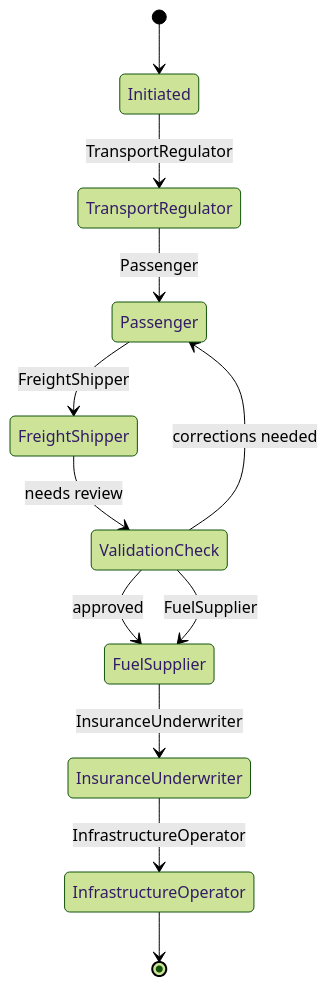
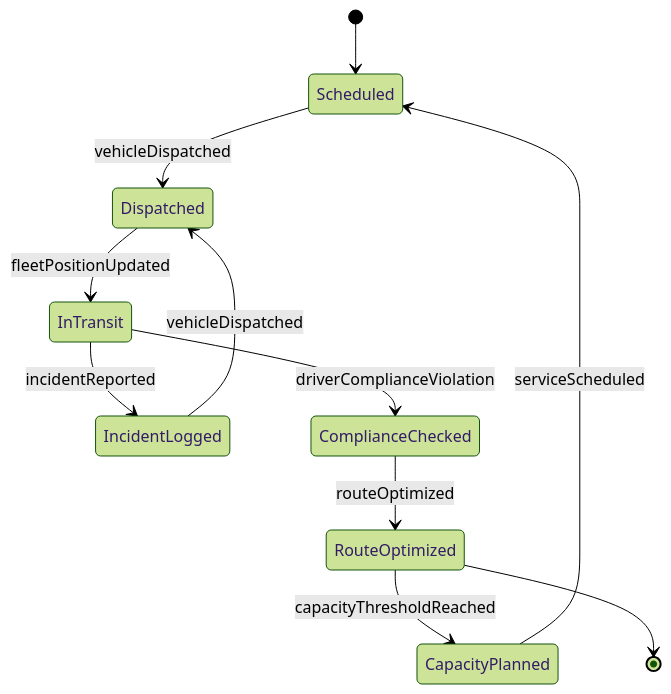
The second of 4 diagrams in GuidingDirectingAndMotivatingSubordinates/DirectOrganizationalOperationsActivitiesOrProcedures/DirectPassengerFreightTransportActivities.mdx (dot-org-ai/tasks.org.ai), drawn with Mermaid (forest theme) before and after one commit. The commit also changed other lines of this file and 515 other files, not shown here.

````diff
--- a/GuidingDirectingAndMotivatingSubordinates/DirectOrganizationalOperationsActivitiesOrProcedures/DirectPassengerFreightTransportActivities.mdx
+++ b/GuidingDirectingAndMotivatingSubordinates/DirectOrganizationalOperationsActivitiesOrProcedures/DirectPassengerFreightTransportActivities.mdx
@@ -111,14 +106,13 @@
 ```mermaid
 stateDiagram-v2
-    [*] --> Initiated
-    Initiated --> TransportRegulator: TransportRegulator
-    TransportRegulator --> Passenger: Passenger
-    Passenger --> FreightShipper: FreightShipper
-    FreightShipper --> ValidationCheck: needs review
-    ValidationCheck --> Passenger: corrections needed
-    ValidationCheck --> FuelSupplier: approved
-    ValidationCheck --> FuelSupplier: FuelSupplier
-    FuelSupplier --> InsuranceUnderwriter: InsuranceUnderwriter
-    InsuranceUnderwriter --> InfrastructureOperator: InfrastructureOperator
-    InfrastructureOperator --> [*]
+    [*] --> Scheduled
+    Scheduled --> Dispatched : vehicleDispatched
+    Dispatched --> InTransit : fleetPositionUpdated
+    InTransit --> IncidentLogged : incidentReported
+    IncidentLogged --> Dispatched : vehicleDispatched
+    InTransit --> ComplianceChecked : driverComplianceViolation
+    ComplianceChecked --> RouteOptimized : routeOptimized
+    RouteOptimized --> CapacityPlanned : capacityThresholdReached
+    CapacityPlanned --> Scheduled : serviceScheduled
+    RouteOptimized --> [*]
 ```
````
